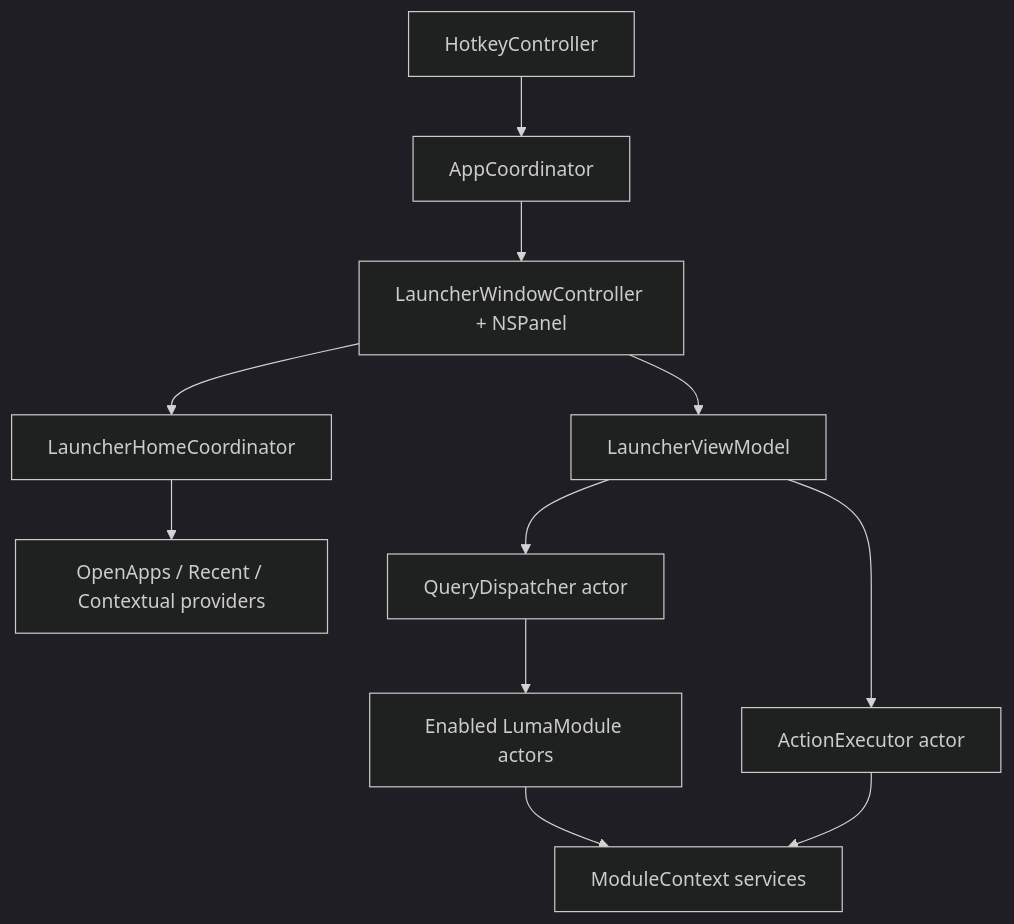
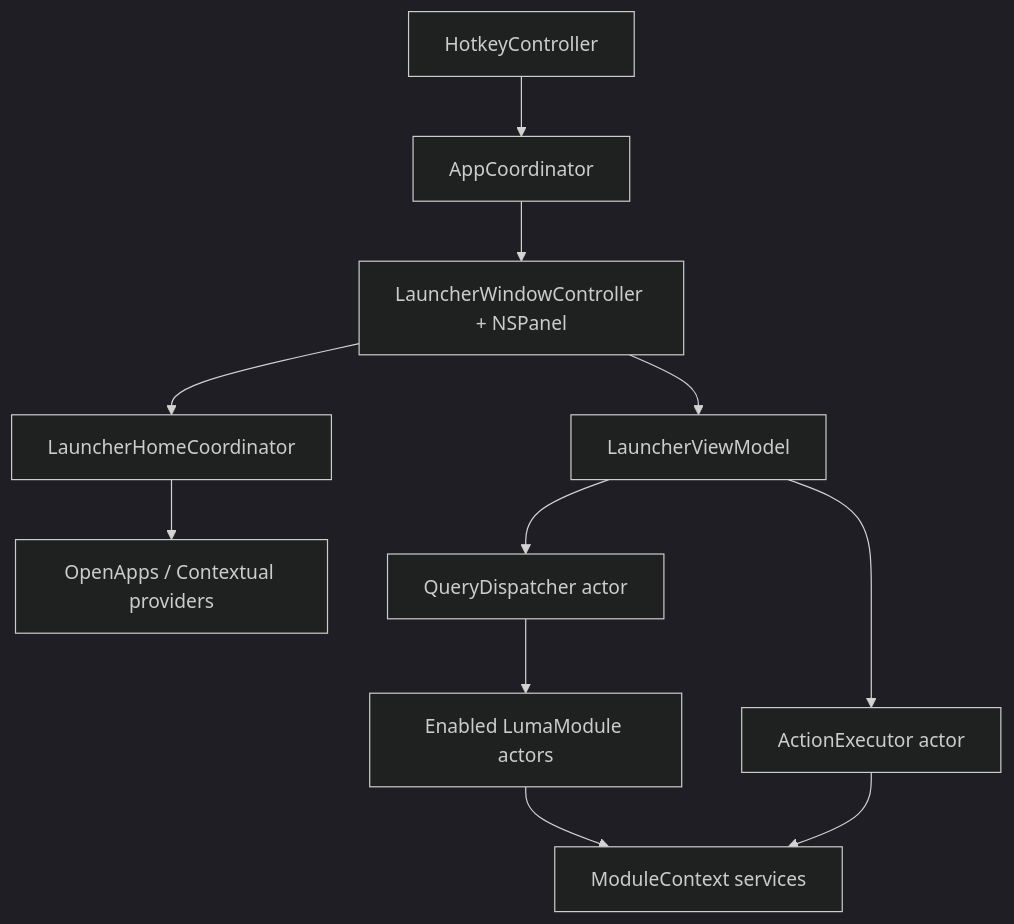
The diagram in docs/ARCHITECTURE.md (dyxnb22/Luma), drawn with Mermaid (dark theme) before and after one commit. The commit also changed other lines of this file and 27 other files, not shown here.

Commit message:
Add launcher performance strip and drop recent home section

````diff
--- a/docs/ARCHITECTURE.md
+++ b/docs/ARCHITECTURE.md
@@ -7,13 +7,13 @@
 ```mermaid
 flowchart TD
     Hotkey["HotkeyController"] --> Coordinator["AppCoordinator"]
     Coordinator --> Panel["LauncherWindowController + NSPanel"]
     Panel --> VM["LauncherViewModel"]
     Panel --> Home["LauncherHomeCoordinator"]
-    Home --> Providers["OpenApps / Recent / Contextual providers"]
+    Home --> Providers["OpenApps / Contextual providers"]
     VM --> Dispatcher["QueryDispatcher actor"]
     Dispatcher --> Modules["Enabled LumaModule actors"]
     Modules --> Services["ModuleContext services"]
     VM --> Executor["ActionExecutor actor"]
     Executor --> Services
 ```
````
